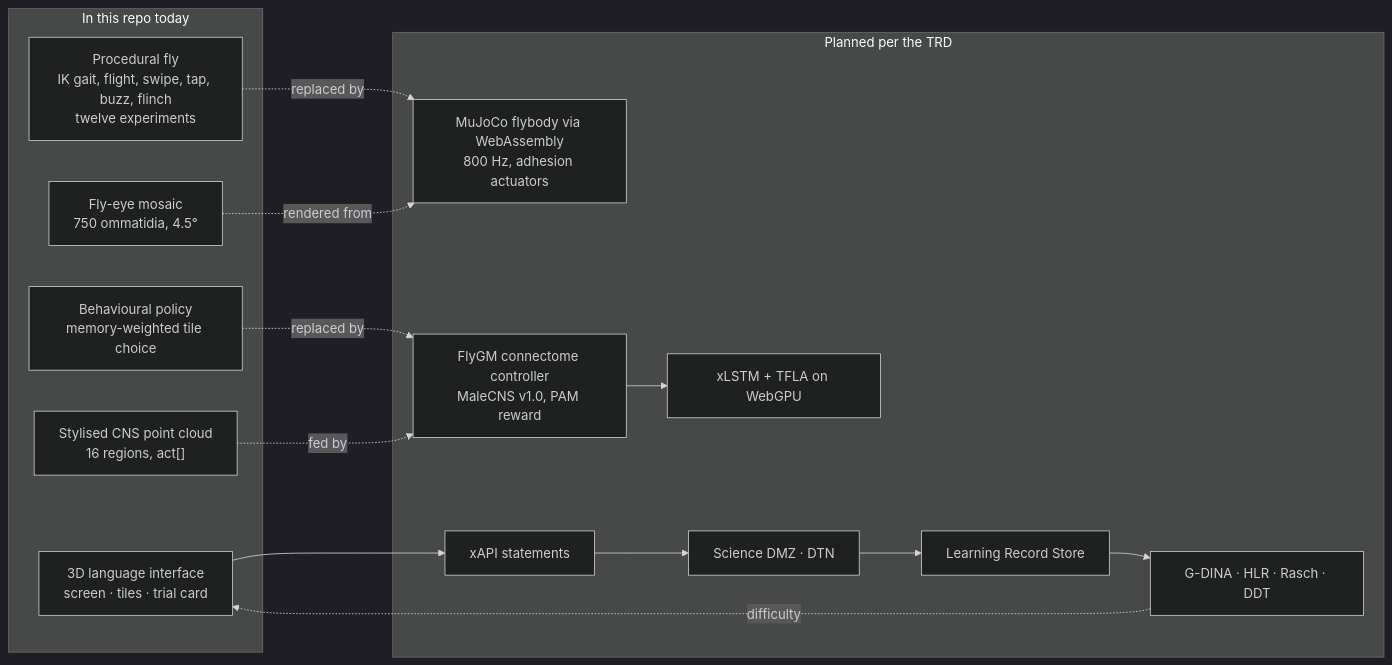
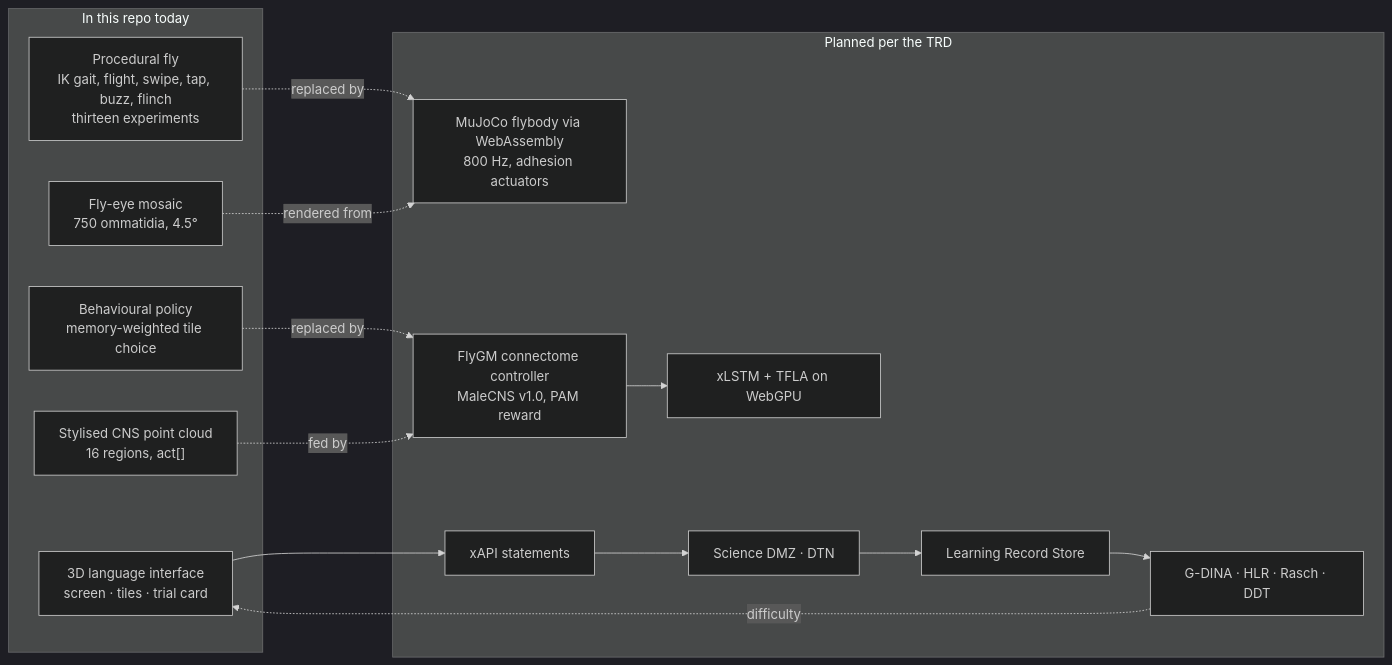
One commit to jayrosen-design/fly-lingo changed the fourth of 4 diagrams in README.md. Above: the diagram before and after it, drawn with Mermaid (dark theme). The commit also changed other lines of this file and 4 other files, not shown here.

````diff
--- a/README.md
+++ b/README.md
@@ -500,26 +513,26 @@
 ```mermaid
 flowchart LR
   subgraph Now["In this repo today"]
     UI["3D language interface<br/>screen · tiles · trial card"]
-    FlyP["Procedural fly<br/>IK gait, flight, swipe, tap, buzz, flinch<br/>twelve experiments"]
+    FlyP["Procedural fly<br/>IK gait, flight, swipe, tap, buzz, flinch<br/>thirteen experiments"]
     Policy["Behavioural policy<br/>memory-weighted tile choice"]
     BrainViz["Stylised CNS point cloud<br/>16 regions, act[]"]
     Eye["Fly-eye mosaic<br/>750 ommatidia, 4.5°"]
   end
   subgraph Planned["Planned per the TRD"]
     MuJoCo["MuJoCo flybody via WebAssembly<br/>800 Hz, adhesion actuators"]
     FlyGM["FlyGM connectome controller<br/>MaleCNS v1.0, PAM reward"]
     xLSTM["xLSTM + TFLA on WebGPU"]
     xAPI["xAPI statements"]
     DMZ["Science DMZ · DTN"]
     LRS["Learning Record Store"]
     Eval["G-DINA · HLR · Rasch · DDT"]
   end
   Policy -. replaced by .-> FlyGM
   FlyP -. replaced by .-> MuJoCo
   BrainViz -. fed by .-> FlyGM
   Eye -. rendered from .-> MuJoCo
   UI --> xAPI --> DMZ --> LRS --> Eval
   Eval -. difficulty .-> UI
   FlyGM --> xLSTM
 ```
````
